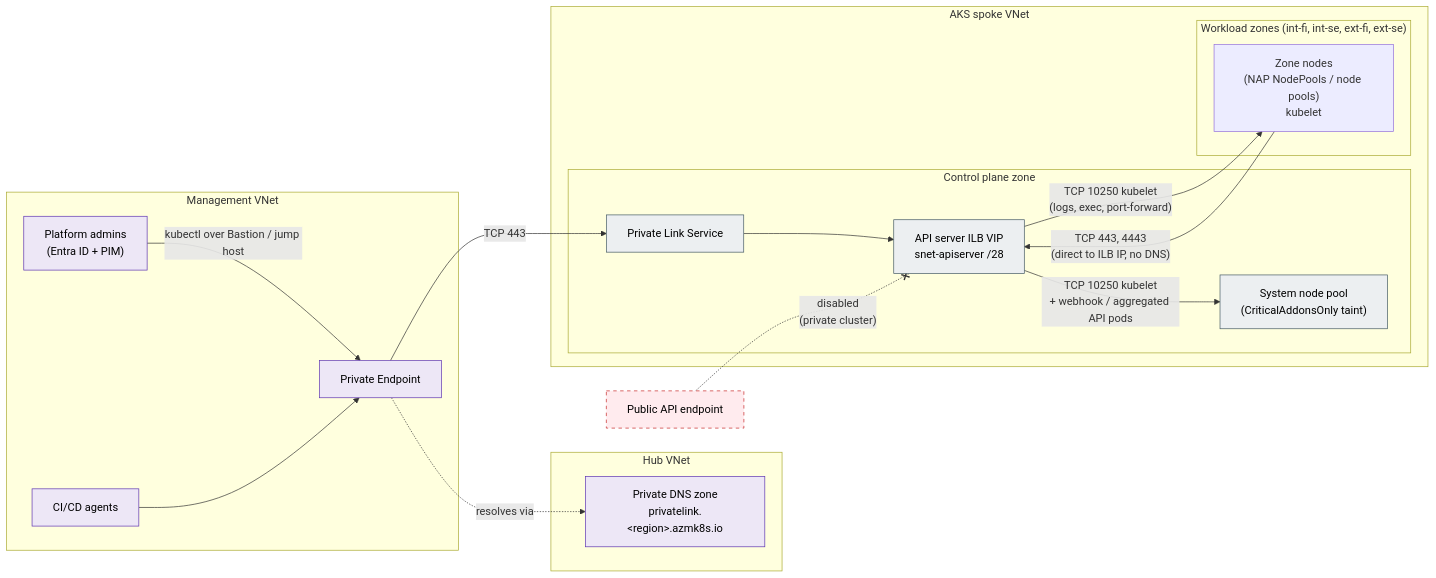
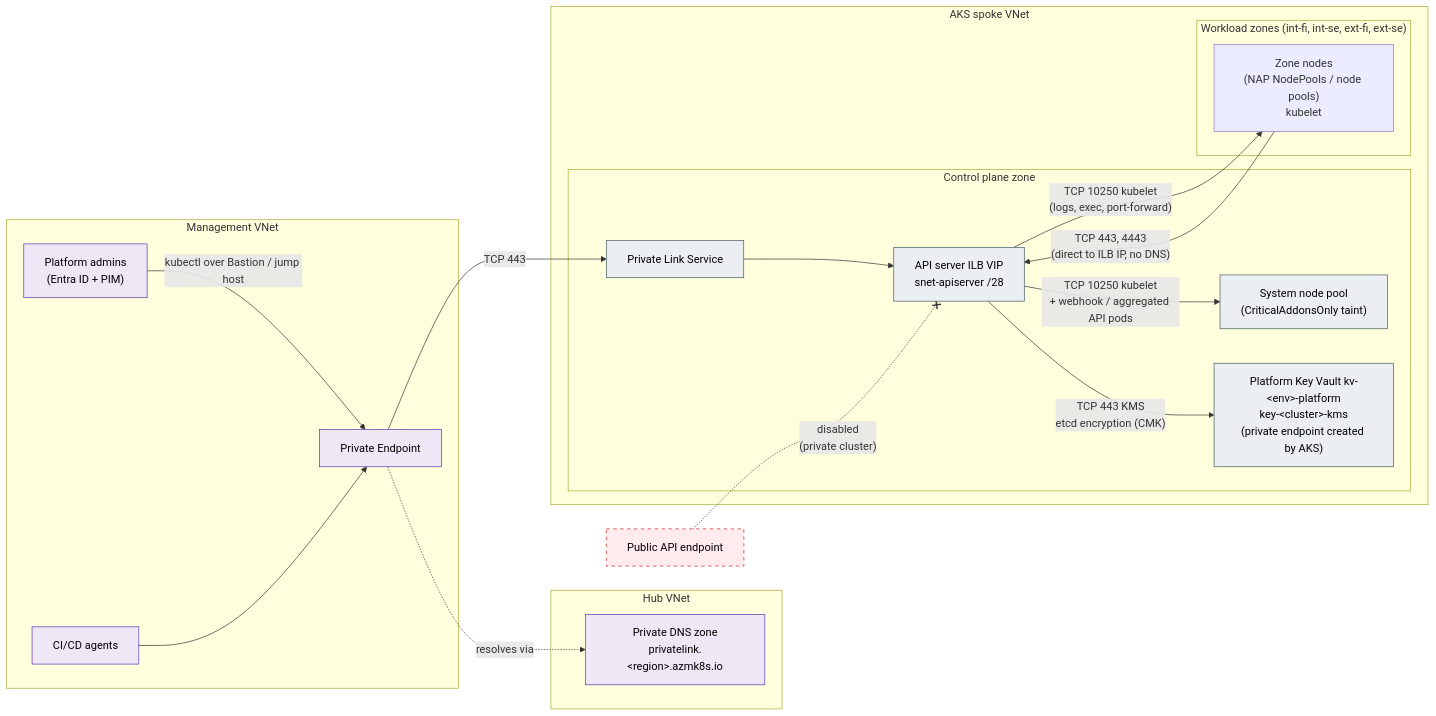
Before and after one commit to olljanat-ai/aks-design: the diagram in diagrams/03-control-plane.mmd, drawn with Mermaid. The commit also changed 15 other files, not shown here.

```diff
--- a/diagrams/03-control-plane.mmd
+++ b/diagrams/03-control-plane.mmd
@@ -1,39 +1,41 @@
 %% Control plane access: private API server in a dedicated delegated subnet, reachable only via Private Link from management network
 flowchart LR
     subgraph MGMT["Management VNet"]
         admins["Platform admins<br/>(Entra ID + PIM)"]
         ci["CI/CD agents"]
         pe["Private Endpoint"]
     end
 
     subgraph HUB["Hub VNet"]
         dns["Private DNS zone<br/>privatelink.&lt;region&gt;.azmk8s.io"]
     end
 
     subgraph SPOKE["AKS spoke VNet"]
         subgraph CP["Control plane zone"]
             pls["Private Link Service"]
             ilb["API server ILB VIP<br/>snet-apiserver /28"]
             sys["System node pool<br/>(CriticalAddonsOnly taint)"]
+            pkv["Platform Key Vault kv-&lt;env&gt;-platform<br/>key-&lt;cluster&gt;-kms<br/>(private endpoint created by AKS)"]
         end
         subgraph WL["Workload zones (int-fi, int-se, ext-fi, ext-se)"]
             nodes["Zone nodes<br/>(NAP NodePools / node pools)<br/>kubelet"]
         end
     end
 
     admins -->|"kubectl over Bastion / jump host"| pe
     ci --> pe
     pe -.->|"resolves via"| dns
     pe -->|"TCP 443"| pls --> ilb
     nodes -->|"TCP 443, 4443<br/>(direct to ILB IP, no DNS)"| ilb
     ilb -->|"TCP 10250 kubelet<br/>+ webhook / aggregated API pods"| sys
     ilb -->|"TCP 10250 kubelet<br/>(logs, exec, port-forward)"| nodes
+    ilb -->|"TCP 443 KMS<br/>etcd encryption (CMK)"| pkv
 
     pub["Public API endpoint"]:::off
     pub -.-x|"disabled<br/>(private cluster)"| ilb
 
     classDef off fill:#ffebee,stroke:#c62828,color:#000,stroke-dasharray: 5 5
     classDef cp fill:#eceff1,stroke:#455a64,color:#000
     classDef hub fill:#ede7f6,stroke:#5e35b1,color:#000
-    class pls,ilb,sys cp
+    class pls,ilb,sys,pkv cp
     class admins,ci,pe,dns hub
```
